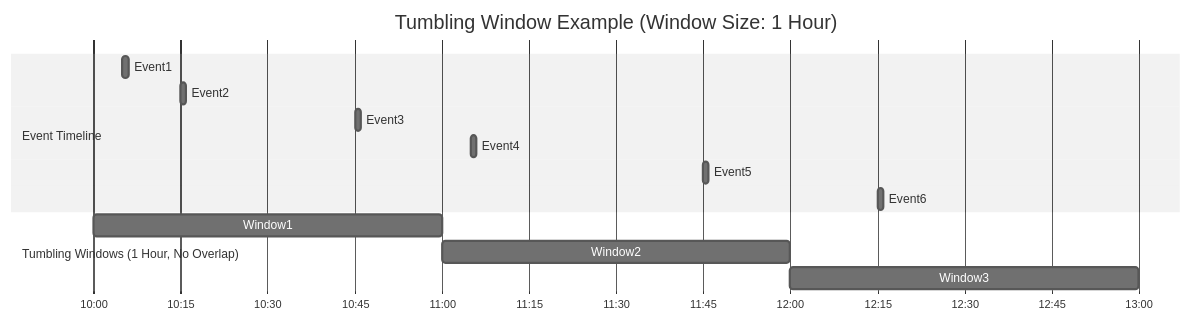
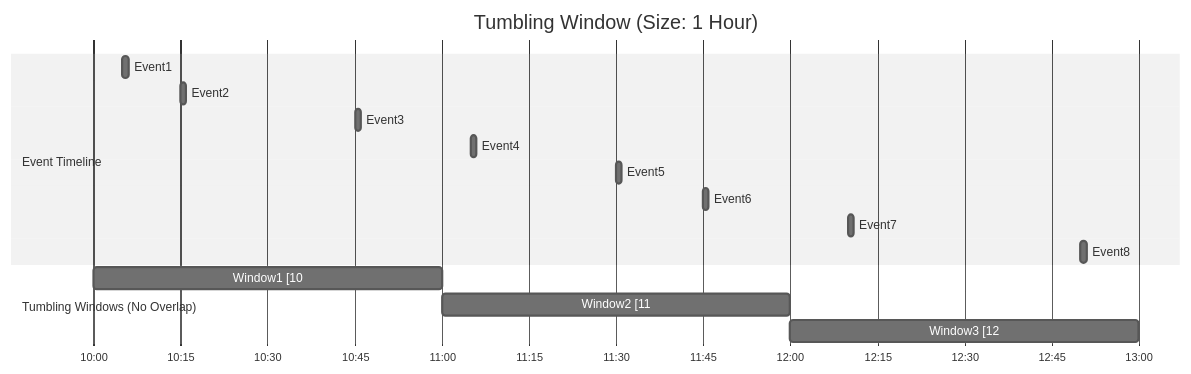
One commit to mahfooziiitian/spark-batch changed the second of 2 diagrams in spark-sql/docs/timeseries/tumbling.md. Above: the diagram before and after it, drawn with Mermaid (neutral theme). The commit also changed other lines of this file and 30 other files, not shown here.

````diff
--- a/spark-sql/docs/timeseries/tumbling.md
+++ b/spark-sql/docs/timeseries/tumbling.md
@@ -31,19 +29,21 @@
 ```mermaid
 gantt
-    title Tumbling Window Example (Window Size: 1 Hour)
+    title Tumbling Window (Size: 1 Hour)
     dateFormat  HH:mm
     axisFormat  %H:%M
 
     section Event Timeline
     Event1       :e1, 10:05, 1m
     Event2       :e2, 10:15, 1m
     Event3       :e3, 10:45, 1m
     Event4       :e4, 11:05, 1m
-    Event5       :e5, 11:45, 1m
-    Event6       :e6, 12:15, 1m
+    Event5       :e5, 11:30, 1m
+    Event6       :e6, 11:45, 1m
+    Event7       :e7, 12:10, 1m
+    Event8       :e8, 12:50, 1m
 
-    section Tumbling Windows (1 Hour, No Overlap)
-    Window1      :w1, 10:00, 1h
-    Window2      :w2, 11:00, 1h
-    Window3      :w3, 12:00, 1h
+    section Tumbling Windows (No Overlap)
+    Window1 [10:00–11:00]  :w1, 10:00, 1h
+    Window2 [11:00–12:00]  :w2, 11:00, 1h
+    Window3 [12:00–13:00]  :w3, 12:00, 1h
 ```
````
